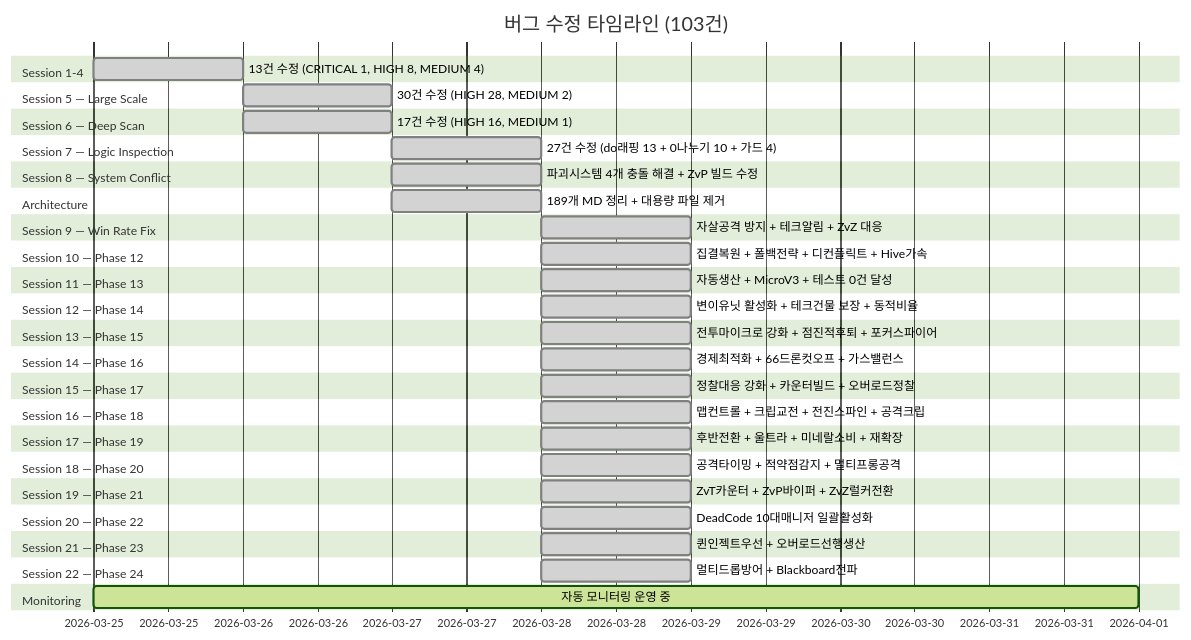
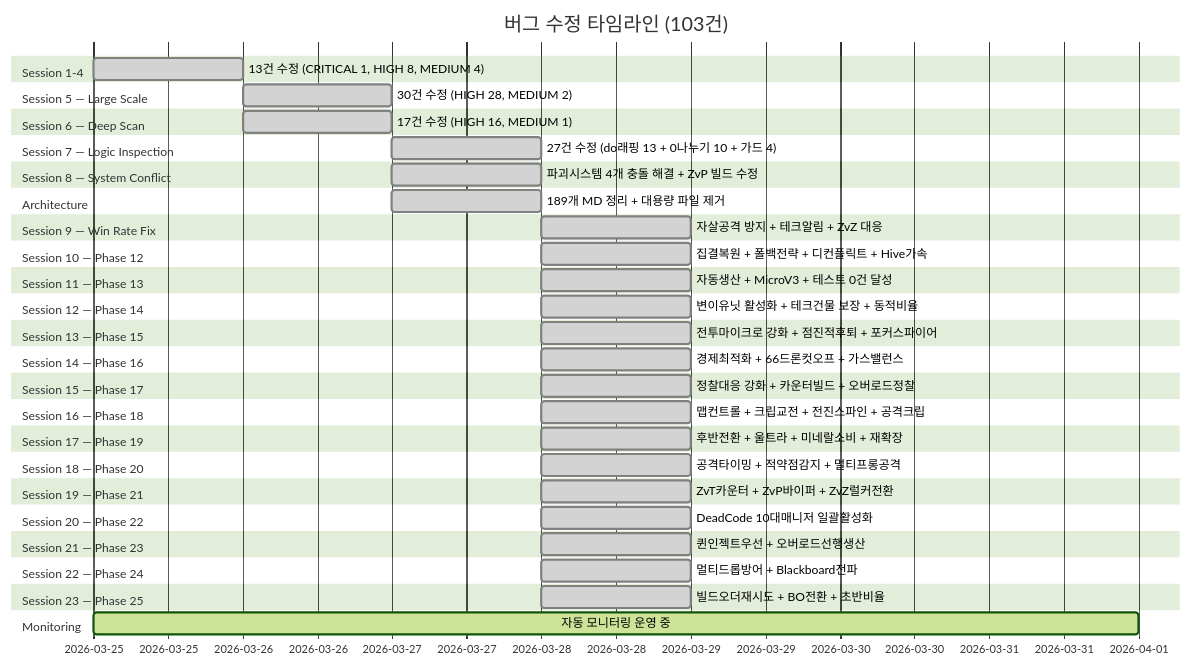
Diagram 23 of 31 in README.md (sun475300-sudo/Swarm-control-in-sc2bot), drawn with Mermaid (forest theme) before and after one commit. The commit also changed other lines of this file and 5 other files, not shown here.

````diff
--- a/README.md
+++ b/README.md
@@ -633,47 +633,49 @@
 ```mermaid
 gantt
     title 버그 수정 타임라인 (103건)
     dateFormat YYYY-MM-DD
     section Session 1-4
         13건 수정 (CRITICAL 1, HIGH 8, MEDIUM 4)   :done, s1, 2026-03-25, 1d
     section Session 5 — Large Scale
         30건 수정 (HIGH 28, MEDIUM 2)              :done, s5, 2026-03-26, 1d
     section Session 6 — Deep Scan
         17건 수정 (HIGH 16, MEDIUM 1)              :done, s6, 2026-03-26, 1d
     section Session 7 — Logic Inspection
         27건 수정 (do래핑 13 + 0나누기 10 + 가드 4) :done, s7, 2026-03-27, 1d
     section Session 8 — System Conflict
         파괴시스템 4개 충돌 해결 + ZvP 빌드 수정    :done, s8, 2026-03-27, 1d
     section Architecture
         189개 MD 정리 + 대용량 파일 제거            :done, s9, 2026-03-27, 1d
     section Session 9 — Win Rate Fix
         자살공격 방지 + 테크알림 + ZvZ 대응         :done, s10, 2026-03-28, 1d
     section Session 10 — Phase 12
         집결복원 + 폴백전략 + 디컨플릭트 + Hive가속 :done, s11, 2026-03-28, 1d
     section Session 11 — Phase 13
         자동생산 + MicroV3 + 테스트 0건 달성       :done, s12, 2026-03-28, 1d
     section Session 12 — Phase 14
         변이유닛 활성화 + 테크건물 보장 + 동적비율  :done, s13, 2026-03-28, 1d
     section Session 13 — Phase 15
         전투마이크로 강화 + 점진적후퇴 + 포커스파이어 :done, s14, 2026-03-28, 1d
     section Session 14 — Phase 16
         경제최적화 + 66드론컷오프 + 가스밸런스     :done, s15, 2026-03-28, 1d
     section Session 15 — Phase 17
         정찰대응 강화 + 카운터빌드 + 오버로드정찰   :done, s16, 2026-03-28, 1d
     section Session 16 — Phase 18
         맵컨트롤 + 크립교전 + 전진스파인 + 공격크립 :done, s17, 2026-03-28, 1d
     section Session 17 — Phase 19
         후반전환 + 울트라 + 미네랄소비 + 재확장    :done, s18, 2026-03-28, 1d
     section Session 18 — Phase 20
         공격타이밍 + 적약점감지 + 멀티프롱공격     :done, s19, 2026-03-28, 1d
     section Session 19 — Phase 21
         ZvT카운터 + ZvP바이퍼 + ZvZ럴커전환      :done, s20, 2026-03-28, 1d
     section Session 20 — Phase 22
         DeadCode 10대매니저 일괄활성화            :done, s21, 2026-03-28, 1d
     section Session 21 — Phase 23
         퀸인젝트우선 + 오버로드선행생산          :done, s22, 2026-03-28, 1d
     section Session 22 — Phase 24
         멀티드롭방어 + Blackboard전파           :done, s23, 2026-03-28, 1d
+    section Session 23 — Phase 25
+        빌드오더재시도 + BO전환 + 초반비율     :done, s24, 2026-03-28, 1d
     section Monitoring
         자동 모니터링 운영 중                        :active, mon, 2026-03-25, 7d
 ```
````
